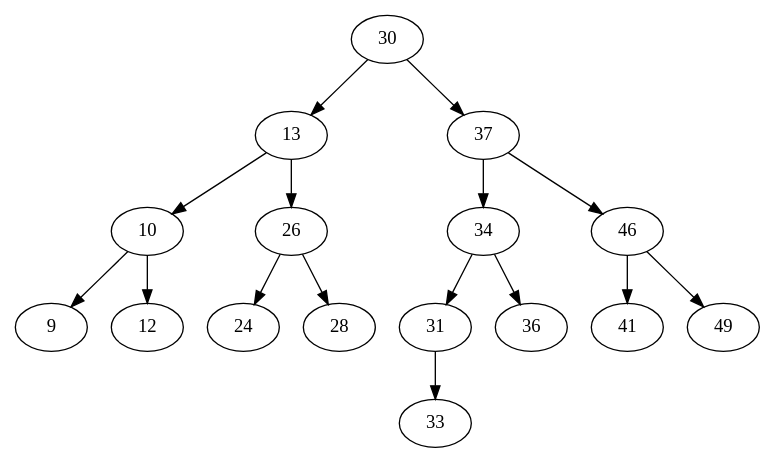
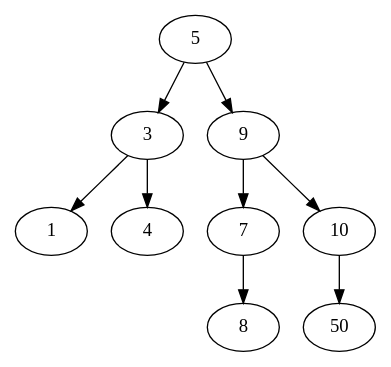
One commit to thailsonAlmeida/tree_graphviz changed the diagram in myTree.dot. Above: the diagram before and after it, drawn with Graphviz. The commit also changed 4 other files, not shown here.

```diff
--- a/myTree.dot
+++ b/myTree.dot
@@ -1,17 +1,10 @@
 digraph MyTreeB {
-    30 -> 13;
-    13 -> 10;
-    10 -> 9;
-    10 -> 12;
-    13 -> 26;
-    26 -> 24;
-    26 -> 28;
-    30 -> 37;
-    37 -> 34;
-    34 -> 31;
-    31 -> 33;
-    34 -> 36;
-    37 -> 46;
-    46 -> 41;
-    46 -> 49;
+    5 -> 3;
+    3 -> 1;
+    3 -> 4;
+    5 -> 9;
+    9 -> 7;
+    7 -> 8;
+    9 -> 10;
+    10 -> 50;
 }
```
